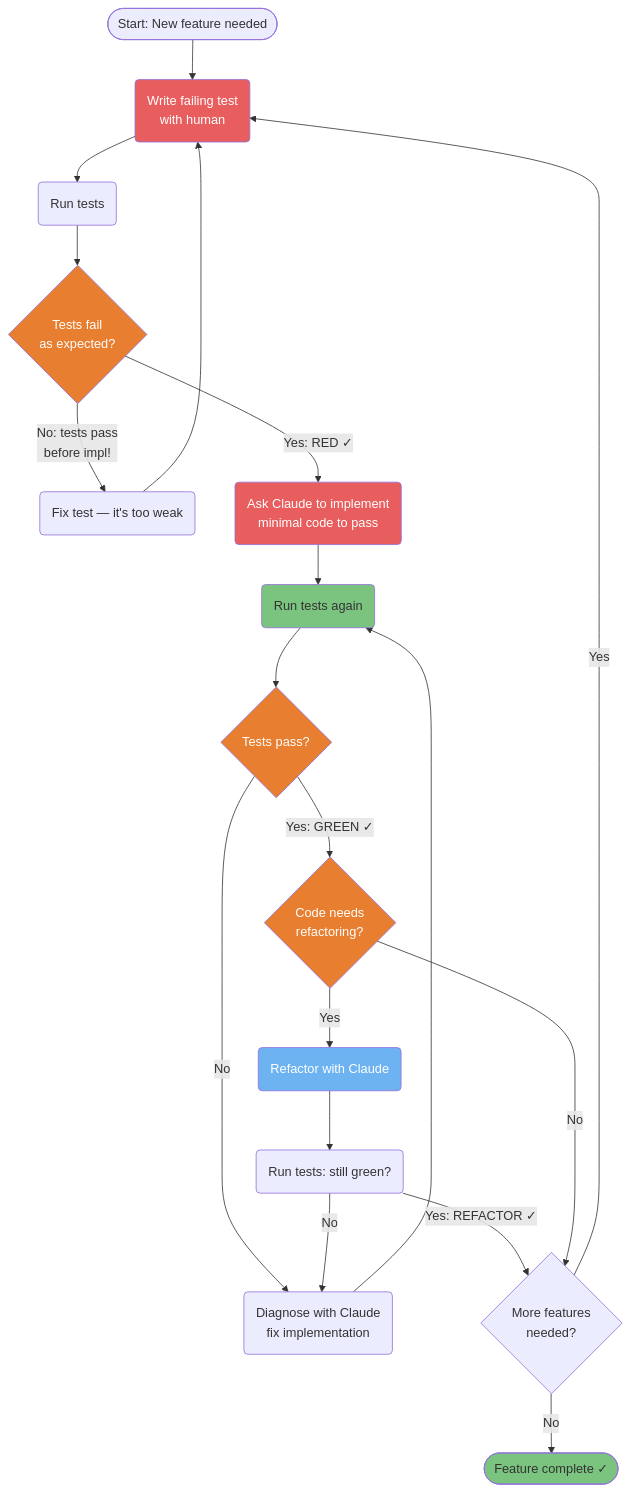
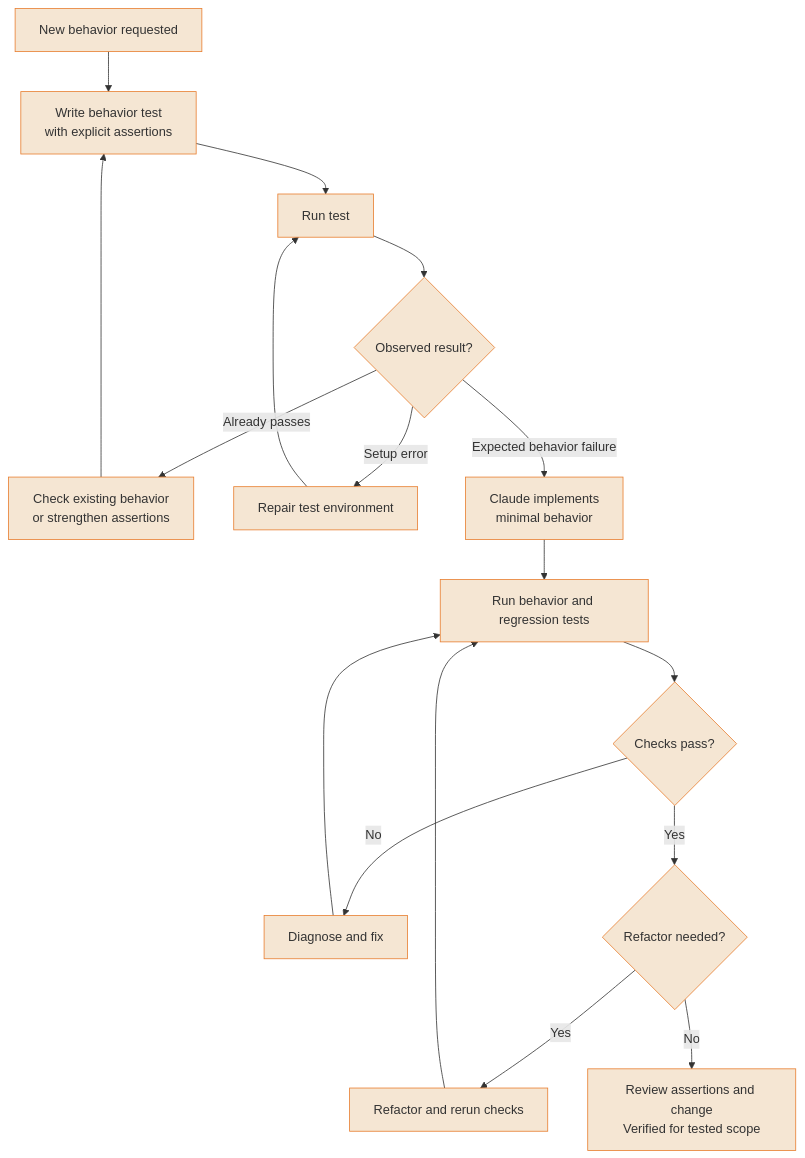
One commit to FlorianBruniaux/claude-code-ultimate-guide changed the first of 5 diagrams in guide/diagrams/06-development-workflows.md. Above: the diagram before and after it, drawn with Mermaid. The commit also changed other lines of this file and 17 other files, not shown here.

Commit message:
docs: refresh all diagrams and correct their source guidance

````diff
--- a/guide/diagrams/06-development-workflows.md
+++ b/guide/diagrams/06-development-workflows.md
@@ -17,45 +17,33 @@
 ```mermaid
 flowchart TD
-    A([Start: New feature needed]) --> B(Write failing test<br/>with human)
-    B --> C(Run tests)
-    C --> D{Tests fail<br/>as expected?}
-    D -->|No: tests pass<br/>before impl!| E(Fix test — it's too weak)
-    E --> B
-    D -->|Yes: RED ✓| F(Ask Claude to implement<br/>minimal code to pass)
-    F --> G(Run tests again)
-    G --> H{Tests pass?}
-    H -->|No| I(Diagnose with Claude<br/>fix implementation)
-    I --> G
-    H -->|Yes: GREEN ✓| J{Code needs<br/>refactoring?}
-    J -->|Yes| K(Refactor with Claude)
-    K --> L(Run tests: still green?)
-    L -->|No| I
-    L -->|Yes: REFACTOR ✓| M{More features<br/>needed?}
-    J -->|No| M
-    M -->|Yes| B
-    M -->|No| N([Feature complete ✓])
-
-    style B fill:#E85D5D,color:#fff
-    style F fill:#E85D5D,color:#fff
-    style D fill:#E87E2F,color:#fff
-    style H fill:#E87E2F,color:#fff
-    style J fill:#E87E2F,color:#fff
-    style G fill:#7BC47F,color:#333
-    style K fill:#6DB3F2,color:#fff
-    style N fill:#7BC47F,color:#333
-
-    click A href "https://github.com/FlorianBruniaux/claude-code-ultimate-guide/blob/main/guide/workflows/tdd-with-claude.md" "TDD — New feature"
-    click B href "https://github.com/FlorianBruniaux/claude-code-ultimate-guide/blob/main/guide/workflows/tdd-with-claude.md" "Write failing test (RED)"
-    click C href "https://github.com/FlorianBruniaux/claude-code-ultimate-guide/blob/main/guide/workflows/tdd-with-claude.md" "Run tests"
-    click D href "https://github.com/FlorianBruniaux/claude-code-ultimate-guide/blob/main/guide/workflows/tdd-with-claude.md" "Tests fail as expected?"
-    click E href "https://github.com/FlorianBruniaux/claude-code-ultimate-guide/blob/main/guide/workflows/tdd-with-claude.md" "Fix test — too weak"
-    click F href "https://github.com/FlorianBruniaux/claude-code-ultimate-guide/blob/main/guide/workflows/tdd-with-claude.md" "Claude implements minimal code"
-    click G href "https://github.com/FlorianBruniaux/claude-code-ultimate-guide/blob/main/guide/workflows/tdd-with-claude.md" "Run tests again"
-    click H href "https://github.com/FlorianBruniaux/claude-code-ultimate-guide/blob/main/guide/workflows/tdd-with-claude.md" "Tests pass? (GREEN)"
-    click I href "https://github.com/FlorianBruniaux/claude-code-ultimate-guide/blob/main/guide/workflows/tdd-with-claude.md" "Diagnose with Claude"
-    click J href "https://github.com/FlorianBruniaux/claude-code-ultimate-guide/blob/main/guide/workflows/tdd-with-claude.md" "Code needs refactoring?"
-    click K href "https://github.com/FlorianBruniaux/claude-code-ultimate-guide/blob/main/guide/workflows/tdd-with-claude.md" "Refactor with Claude"
-    click L href "https://github.com/FlorianBruniaux/claude-code-ultimate-guide/blob/main/guide/workflows/tdd-with-claude.md" "Run tests: still green?"
-    click M href "https://github.com/FlorianBruniaux/claude-code-ultimate-guide/blob/main/guide/workflows/tdd-with-claude.md" "More features needed?"
-    click N href "https://github.com/FlorianBruniaux/claude-code-ultimate-guide/blob/main/guide/workflows/tdd-with-claude.md" "Feature complete ✓"
+    START["New behavior requested"] --> TEST["Write behavior test<br/>with explicit assertions"]
+    TEST --> RUN["Run test"]
+    RUN --> WHY{"Observed result?"}
+    WHY -->|Already passes| EXISTS["Check existing behavior<br/>or strengthen assertions"]
+    EXISTS --> TEST
+    WHY -->|Setup error| SETUP["Repair test environment"]
+    SETUP --> RUN
+    WHY -->|Expected behavior failure| IMPL["Claude implements<br/>minimal behavior"]
+    IMPL --> CHECK["Run behavior and regression tests"]
+    CHECK --> PASS{"Checks pass?"}
+    PASS -->|No| FIX["Diagnose and fix"]
+    FIX --> CHECK
+    PASS -->|Yes| REFACTOR{"Refactor needed?"}
+    REFACTOR -->|Yes| CLEAN["Refactor and rerun checks"]
+    CLEAN --> CHECK
+    REFACTOR -->|No| REVIEW["Review assertions and change<br/>Verified for tested scope"]
+    classDef default fill:#F5E6D3,color:#333,stroke:#E87E2F
+    click START href "https://github.com/FlorianBruniaux/claude-code-ultimate-guide/blob/main/guide/workflows/tdd-with-claude.md" "View this pattern in the guide"
+    click TEST href "https://github.com/FlorianBruniaux/claude-code-ultimate-guide/blob/main/guide/workflows/tdd-with-claude.md" "View this pattern in the guide"
+    click RUN href "https://github.com/FlorianBruniaux/claude-code-ultimate-guide/blob/main/guide/workflows/tdd-with-claude.md" "View this pattern in the guide"
+    click WHY href "https://github.com/FlorianBruniaux/claude-code-ultimate-guide/blob/main/guide/workflows/tdd-with-claude.md" "View this pattern in the guide"
+    click EXISTS href "https://github.com/FlorianBruniaux/claude-code-ultimate-guide/blob/main/guide/workflows/tdd-with-claude.md" "View this pattern in the guide"
+    click SETUP href "https://github.com/FlorianBruniaux/claude-code-ultimate-guide/blob/main/guide/workflows/tdd-with-claude.md" "View this pattern in the guide"
+    click IMPL href "https://github.com/FlorianBruniaux/claude-code-ultimate-guide/blob/main/guide/workflows/tdd-with-claude.md" "View this pattern in the guide"
+    click CHECK href "https://github.com/FlorianBruniaux/claude-code-ultimate-guide/blob/main/guide/workflows/tdd-with-claude.md" "View this pattern in the guide"
+    click PASS href "https://github.com/FlorianBruniaux/claude-code-ultimate-guide/blob/main/guide/workflows/tdd-with-claude.md" "View this pattern in the guide"
+    click FIX href "https://github.com/FlorianBruniaux/claude-code-ultimate-guide/blob/main/guide/workflows/tdd-with-claude.md" "View this pattern in the guide"
+    click REFACTOR href "https://github.com/FlorianBruniaux/claude-code-ultimate-guide/blob/main/guide/workflows/tdd-with-claude.md" "View this pattern in the guide"
+    click CLEAN href "https://github.com/FlorianBruniaux/claude-code-ultimate-guide/blob/main/guide/workflows/tdd-with-claude.md" "View this pattern in the guide"
+    click REVIEW href "https://github.com/FlorianBruniaux/claude-code-ultimate-guide/blob/main/guide/workflows/tdd-with-claude.md" "View this pattern in the guide"
 ```
````
